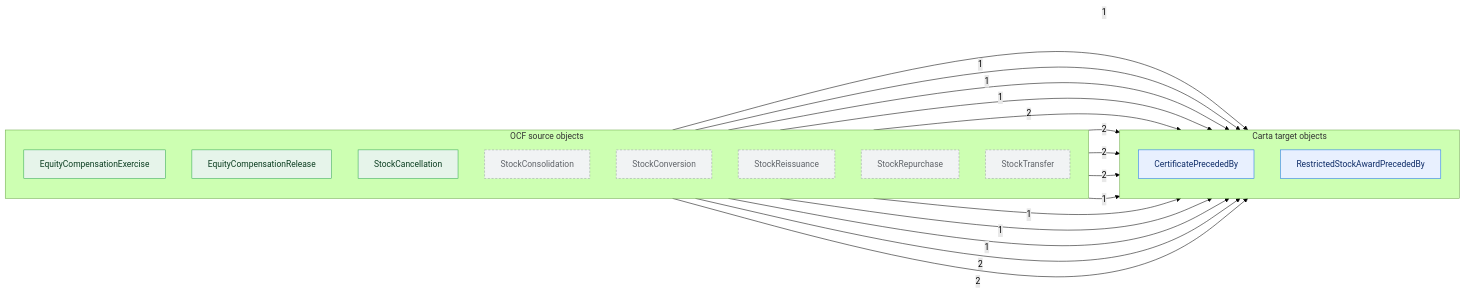
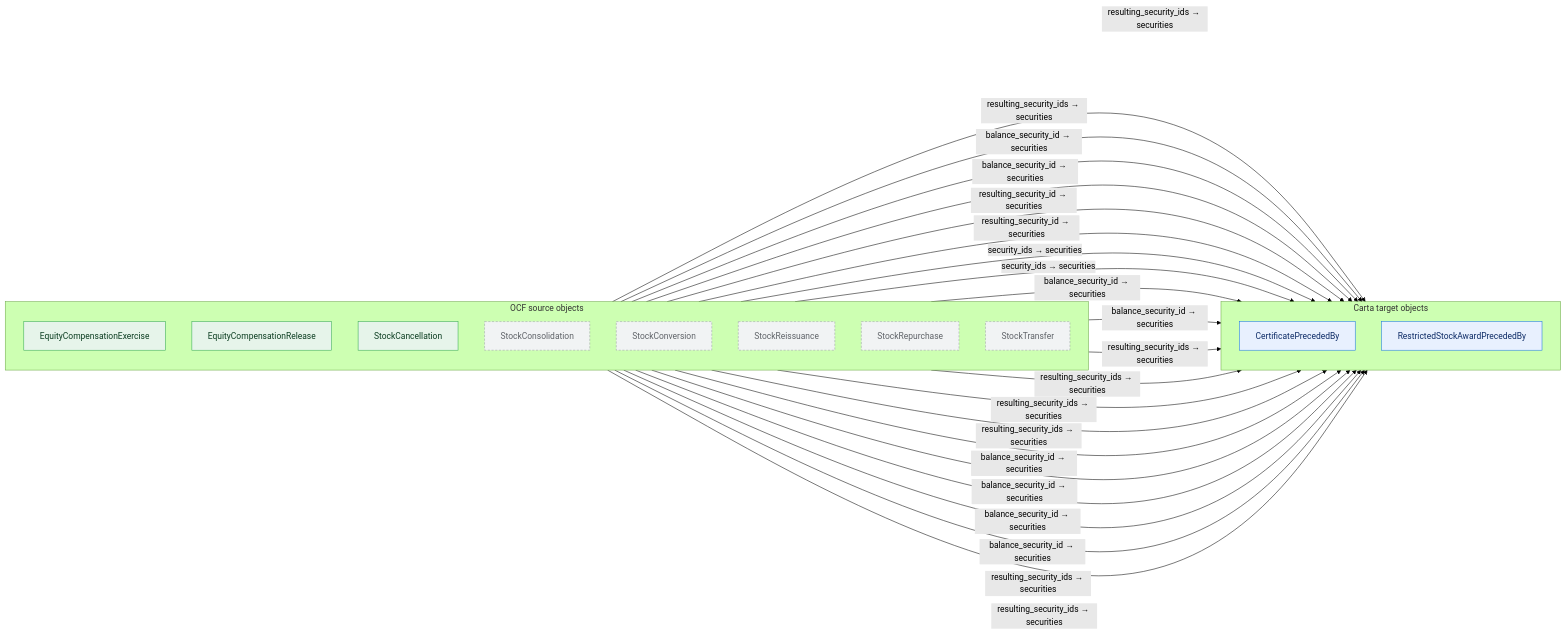
The first of 11 diagrams in docs/core-lossy-inventory.md (Open-Cap-Table-Coalition/OCF-Composed-Schemas), drawn with Mermaid (forest theme) before and after one commit. The commit also changed other lines of this file and 4 other files, not shown here.

First line of the commit message:
OCF Core: label loss-diagram edges with the property flowing

````diff
--- a/docs/core-lossy-inventory.md
+++ b/docs/core-lossy-inventory.md
@@ -21,37 +21,43 @@
 ```mermaid
 flowchart LR
   classDef adm fill:#e6f4ea,stroke:#34a853,color:#0b3d20;
   classDef notadm fill:#f1f3f4,stroke:#9aa0a6,color:#5f6368,stroke-dasharray:4 3;
   classDef carta fill:#e8f0fe,stroke:#1a73e8,color:#0d2b66;
   classDef sink fill:#fce8e6,stroke:#d93025,color:#5c0d06;
   subgraph SRC["OCF source objects"]
     direction TB
     o0["EquityCompensationExercise"]:::adm
     o1["EquityCompensationRelease"]:::adm
     o2["StockCancellation"]:::adm
     o3["StockConsolidation"]:::notadm
     o4["StockConversion"]:::notadm
     o5["StockReissuance"]:::notadm
     o6["StockRepurchase"]:::notadm
     o7["StockTransfer"]:::notadm
   end
   subgraph TGT["Carta target objects"]
     direction TB
     t0["CertificatePrecededBy"]:::carta
     t1["RestrictedStockAwardPrecededBy"]:::carta
   end
-  o0 -->|1| t0
-  o1 -->|1| t0
-  o2 -->|1| t1
-  o2 -->|1| t0
-  o3 -->|2| t1
-  o3 -->|2| t0
-  o4 -->|2| t1
-  o4 -->|2| t0
-  o5 -->|1| t1
-  o5 -->|1| t0
-  o6 -->|1| t1
-  o6 -->|1| t0
-  o7 -->|2| t1
-  o7 -->|2| t0
+  o0 -->|"resulting_security_ids → securities"| t0
+  o1 -->|"resulting_security_ids → securities"| t0
+  o2 -->|"balance_security_id → securities"| t1
+  o2 -->|"balance_security_id → securities"| t0
+  o3 -->|"resulting_security_id → securities"| t1
+  o3 -->|"resulting_security_id → securities"| t0
+  o3 -->|"security_ids → securities"| t1
+  o3 -->|"security_ids → securities"| t0
+  o4 -->|"balance_security_id → securities"| t1
+  o4 -->|"balance_security_id → securities"| t0
+  o4 -->|"resulting_security_ids → securities"| t1
+  o4 -->|"resulting_security_ids → securities"| t0
+  o5 -->|"resulting_security_ids → securities"| t1
+  o5 -->|"resulting_security_ids → securities"| t0
+  o6 -->|"balance_security_id → securities"| t1
+  o6 -->|"balance_security_id → securities"| t0
+  o7 -->|"balance_security_id → securities"| t1
+  o7 -->|"balance_security_id → securities"| t0
+  o7 -->|"resulting_security_ids → securities"| t1
+  o7 -->|"resulting_security_ids → securities"| t0
 ```
````
